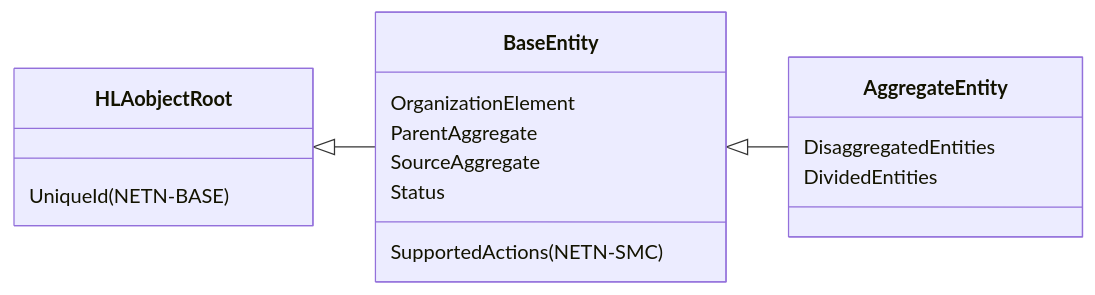
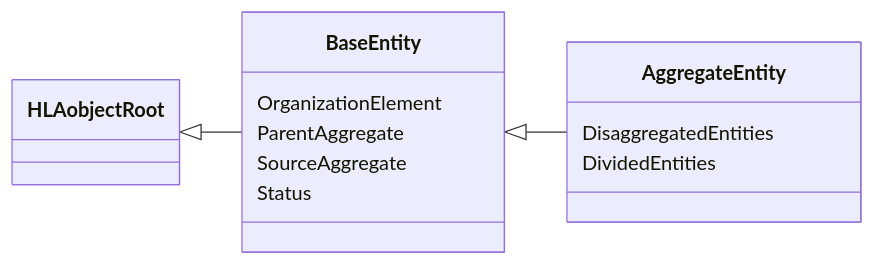
Before and after one commit to AMSP-04/NETN-FOM: the eighth of 9 diagrams in modules/NETN-MRM/NETN-MRM.md, drawn with Mermaid. The commit also changed other lines of this file and 3 other files, not shown here.

````diff
--- a/modules/NETN-MRM/NETN-MRM.md
+++ b/modules/NETN-MRM/NETN-MRM.md
@@ -273,15 +273,13 @@
 ```mermaid
 classDiagram 
 direction LR
 
 HLAobjectRoot <|-- BaseEntity
-HLAobjectRoot : UniqueId(NETN-BASE)
 BaseEntity <|-- AggregateEntity
 BaseEntity : OrganizationElement
 BaseEntity : ParentAggregate
 BaseEntity : SourceAggregate
 BaseEntity : Status
-BaseEntity : SupportedActions(NETN-SMC)
 AggregateEntity : DisaggregatedEntities
 AggregateEntity : DividedEntities
 ```
````
